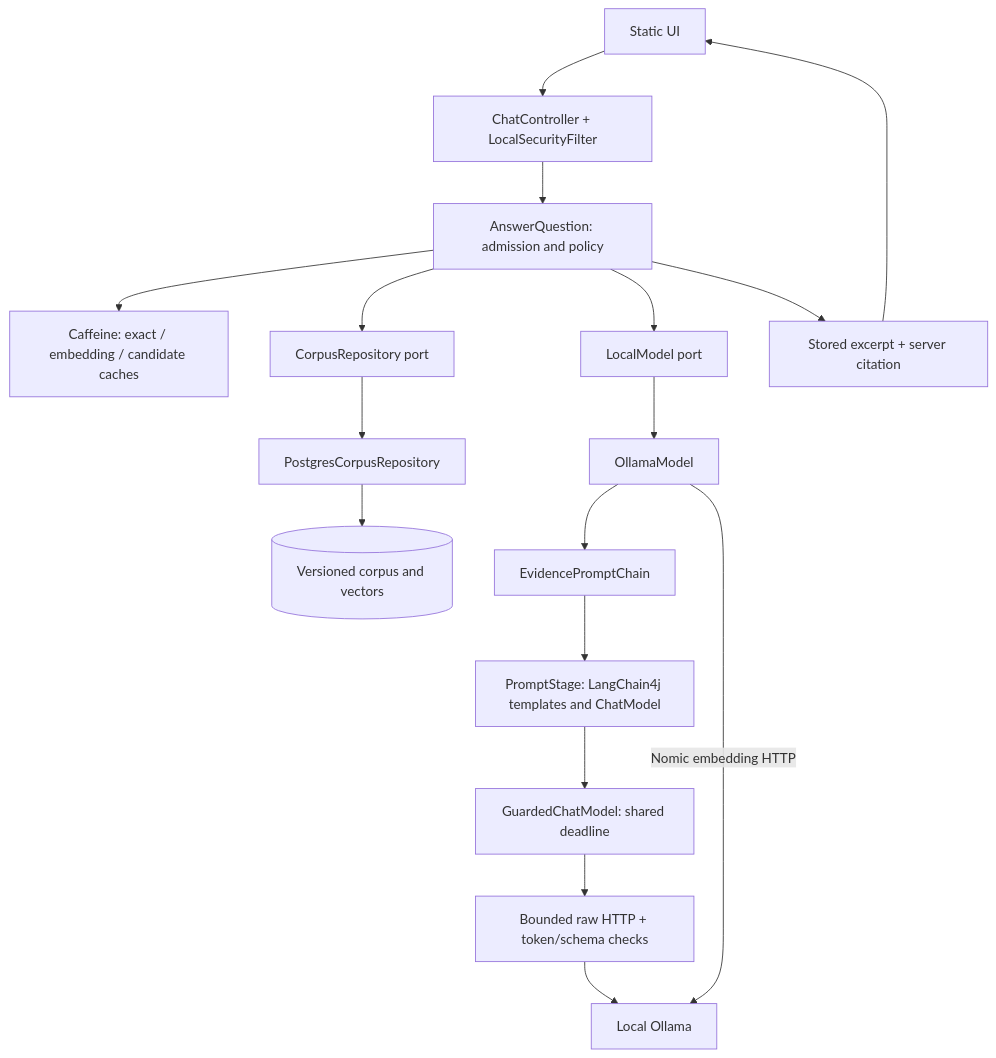
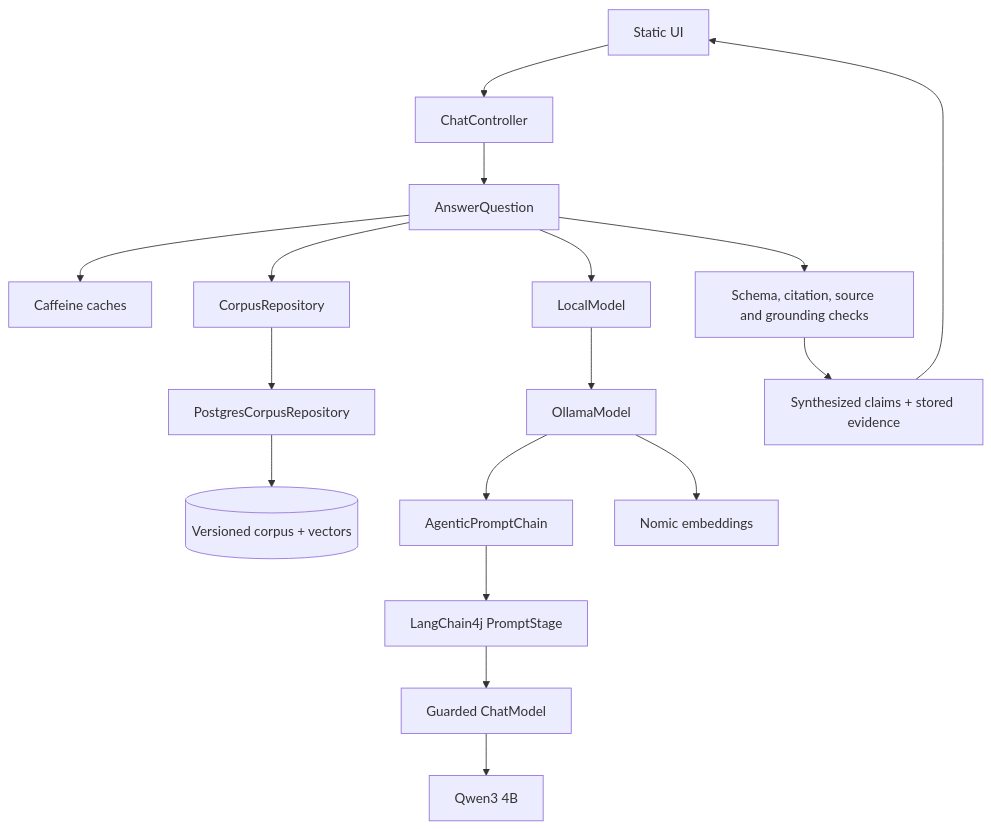
The second of 4 diagrams in docs/design.md (arpanc7/aws-tech-support-agent), drawn with Mermaid before and after one commit. The commit also changed other lines of this file and 34 other files, not shown here.

Commit message:
feat: add bounded agentic RAG workflow

````diff
--- a/docs/design.md
+++ b/docs/design.md
@@ -28,19 +28,19 @@
 ```mermaid
 flowchart TD
-    UI[Static UI] --> Controller[ChatController + LocalSecurityFilter]
-    Controller --> Answer[AnswerQuestion: admission and policy]
-    Answer --> Cache[Caffeine: exact / embedding / candidate caches]
-    Answer --> Repository[CorpusRepository port]
-    Repository --> Pg[PostgresCorpusRepository]
-    Pg --> DB[(Versioned corpus and vectors)]
-    Answer --> Model[LocalModel port]
+    UI[Static UI] --> Controller[ChatController]
+    Controller --> Policy[AnswerQuestion]
+    Policy --> Cache[Caffeine caches]
+    Policy --> Repo[CorpusRepository]
+    Repo --> PG[PostgresCorpusRepository]
+    PG --> DB[(Versioned corpus + vectors)]
+    Policy --> Model[LocalModel]
     Model --> Adapter[OllamaModel]
-    Adapter --> Chain[EvidencePromptChain]
-    Chain --> Stage[PromptStage: LangChain4j templates and ChatModel]
-    Stage --> Guard[GuardedChatModel: shared deadline]
-    Guard --> Transport[Bounded raw HTTP + token/schema checks]
-    Transport --> Ollama[Local Ollama]
-    Adapter -->|Nomic embedding HTTP| Ollama
-    Answer --> Render[Stored excerpt + server citation]
+    Adapter --> Chain[AgenticPromptChain]
+    Chain --> Stages[LangChain4j PromptStage]
+    Stages --> Guard[Guarded ChatModel]
+    Guard --> Qwen[Qwen3 4B]
+    Adapter --> Nomic[Nomic embeddings]
+    Policy --> Validate[Schema, citation, source and grounding checks]
+    Validate --> Render[Synthesized claims + stored evidence]
     Render --> UI
 ```
````
